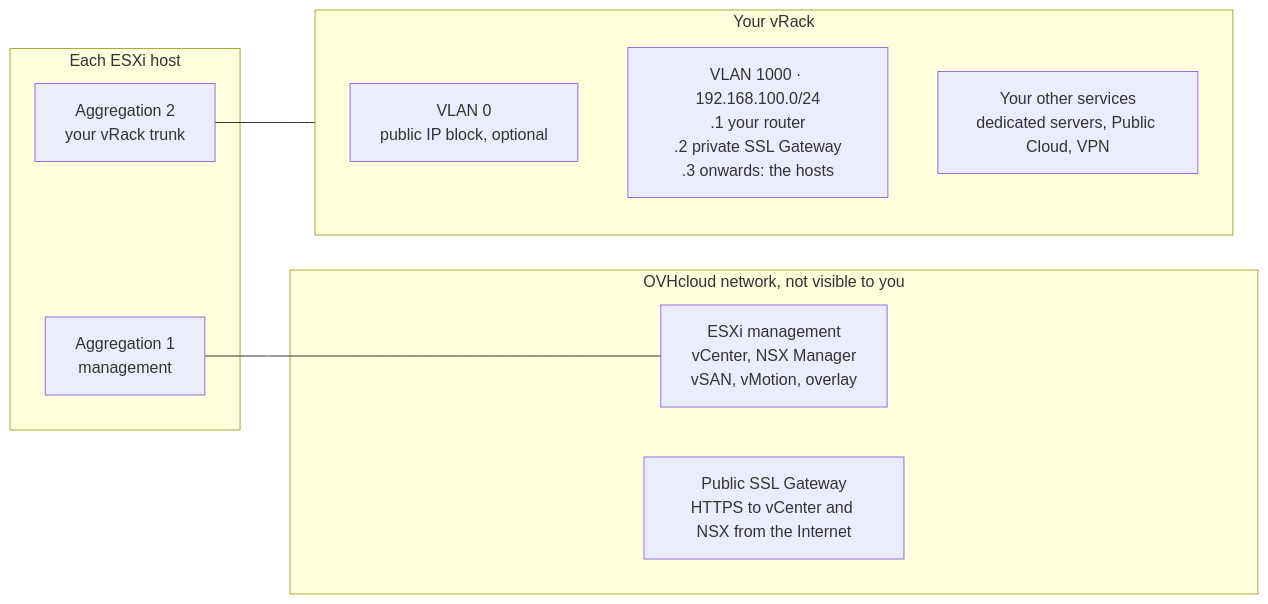
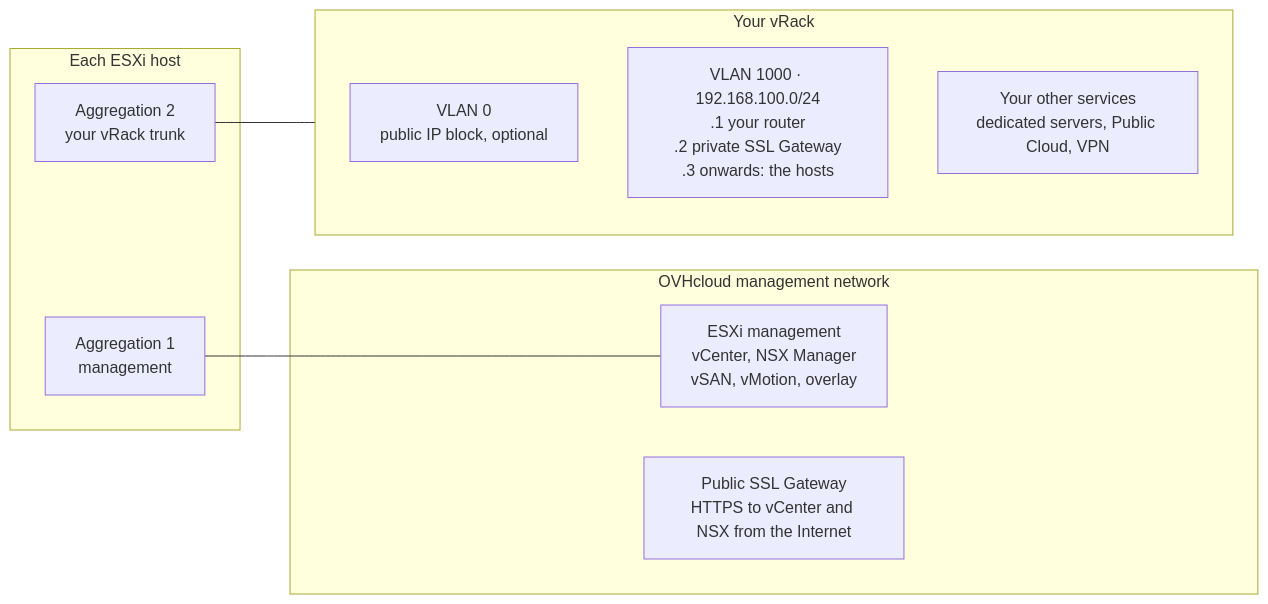
Before and after one commit to ovh/ovhcloud-docs: the diagram in docs/en/guides/hosted-private-cloud/powered-by-vmware/private-vcf/network-configuration.mdx, drawn with Mermaid. The commit also changed other lines of this file and 7 other files, not shown here.

````diff
--- a/docs/en/guides/hosted-private-cloud/powered-by-vmware/private-vcf/network-configuration.mdx
+++ b/docs/en/guides/hosted-private-cloud/powered-by-vmware/private-vcf/network-configuration.mdx
@@ -32,18 +32,18 @@
 ```mermaid
 flowchart LR
-    subgraph OVH["OVHcloud network, not visible to you"]
+    subgraph OVH["OVHcloud management network"]
         M["ESXi management<br/>vCenter, NSX Manager<br/>vSAN, vMotion, overlay"]
         PUB["Public SSL Gateway<br/>HTTPS to vCenter and NSX from the Internet"]
     end
     subgraph HOST["Each ESXi host"]
         A1["Aggregation 1<br/>management"]
         A2["Aggregation 2<br/>your vRack trunk"]
     end
     subgraph VR["Your vRack"]
         V0["VLAN 0<br/>public IP block, optional"]
         V1000["VLAN 1000 · 192.168.100.0/24<br/>.1 your router<br/>.2 private SSL Gateway<br/>.3 onwards: the hosts"]
         OTH["Your other services<br/>dedicated servers, Public Cloud, VPN"]
     end
     A1 --- M
     A2 --- VR
 ```
````
